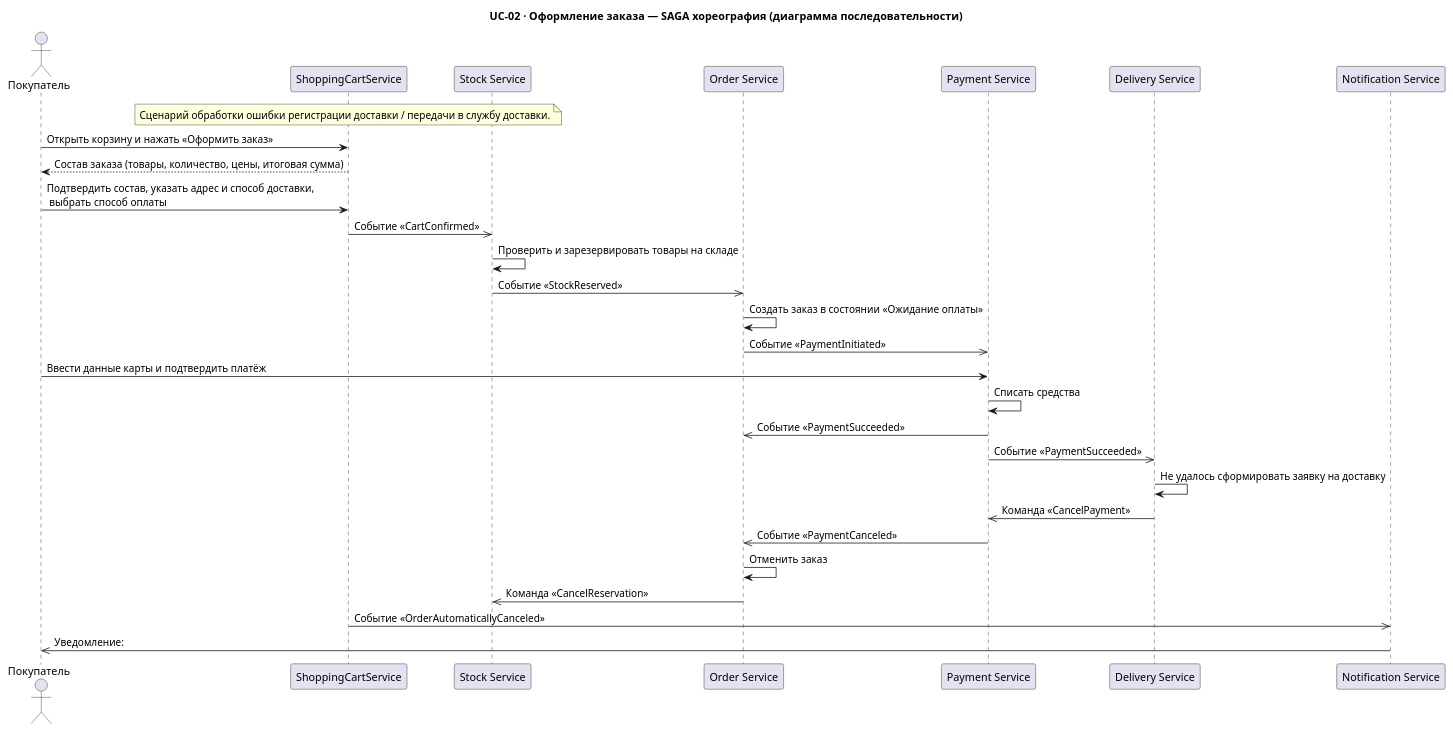
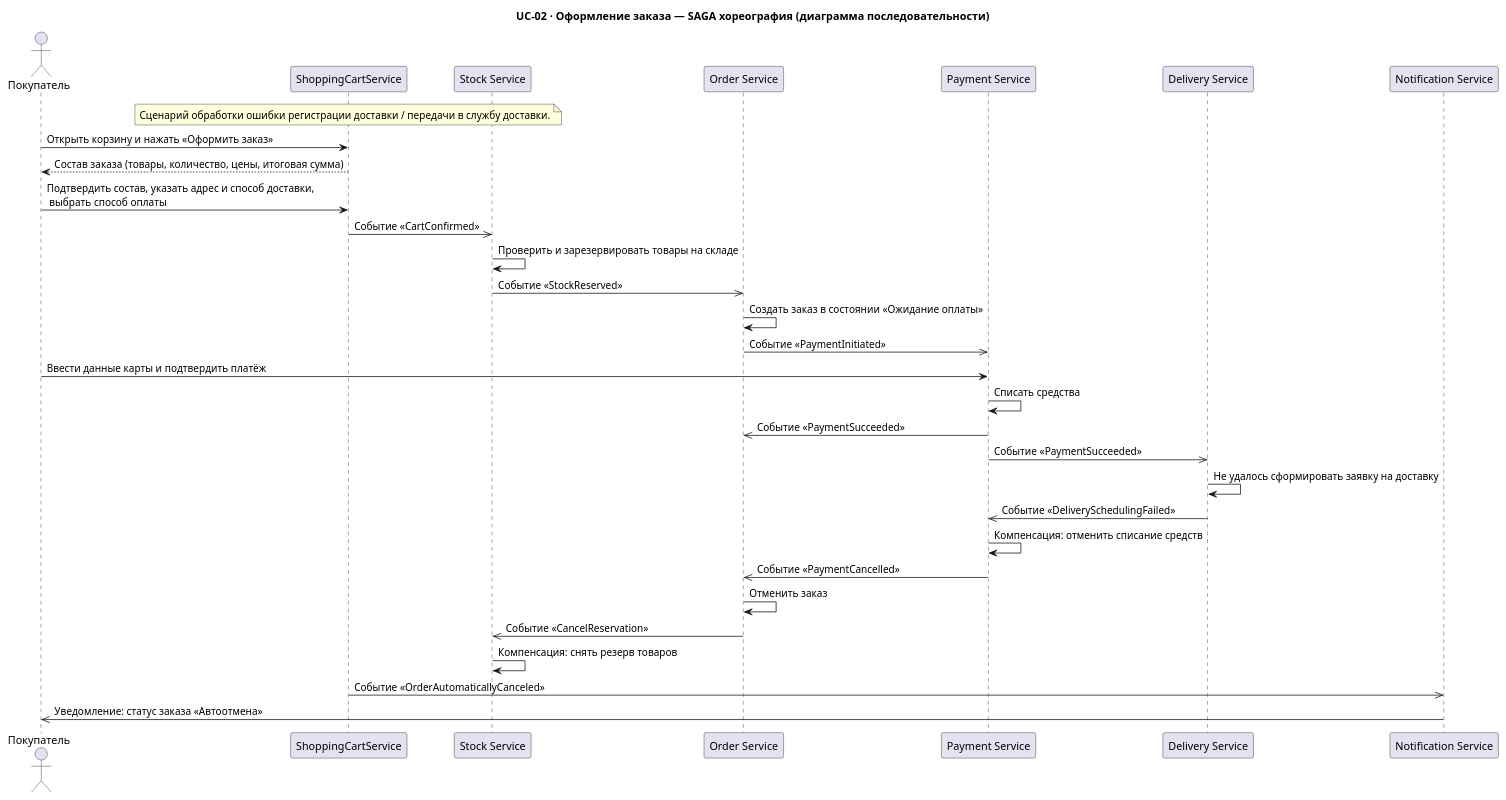
The diagram in Task1/seq-order-placement-choreography-delivery-scheduling-failed.puml (Babikoff/MSA-3-NovaMarket), drawn with PlantUML before and after one commit. The commit also changed 7 other files, not shown here.

Commit message:
Task1: добработка диаграмм failed сценариев

```diff
--- a/Task1/seq-order-placement-choreography-delivery-scheduling-failed.puml
+++ b/Task1/seq-order-placement-choreography-delivery-scheduling-failed.puml
@@ -1,43 +1,44 @@
 @startuml
 title UC-02 · Оформление заказа — SAGA хореография (диаграмма последовательности)
 
 note over ShoppingCartService : Сценарий обработки ошибки регистрации доставки / передачи в службу доставки.
 
 actor "Покупатель" as buyer
 participant "Shopping Cart Service" as ShoppingCartService
 participant "Stock Service" as StockService
 participant "Order Service" as OrderService
 participant "Payment Service" as PaymentService
 participant "Delivery Service" as DeliveryService
 participant "Notification Service" as NotificationService
 
 buyer -> ShoppingCartService : Открыть корзину и нажать «Оформить заказ»
 ShoppingCartService --> buyer : Состав заказа (товары, количество, цены, итоговая сумма)
 
 buyer -> ShoppingCartService : Подтвердить состав, указать адрес и способ доставки,\n выбрать способ оплаты
 
 ShoppingCartService ->> StockService : Событие «CartConfirmed»
 
 StockService -> StockService : Проверить и зарезервировать товары на складе
 StockService ->> OrderService : Событие «StockReserved»
 
 OrderService -> OrderService : Создать заказ в состоянии «Ожидание оплаты»
 OrderService ->> PaymentService : Событие «PaymentInitiated»
 
 buyer -> PaymentService : Ввести данные карты и подтвердить платёж
 PaymentService -> PaymentService : Списать средства
 
 PaymentService ->> OrderService : Событие «PaymentSucceeded»
 PaymentService ->> DeliveryService : Событие «PaymentSucceeded»
 
 DeliveryService -> DeliveryService : Не удалось сформировать заявку на доставку
-DeliveryService ->> PaymentService : Команда «CancelPayment»
-
-PaymentService ->> OrderService : Событие «PaymentCanceled»
+DeliveryService ->> PaymentService : Событие «DeliverySchedulingFailed»
+PaymentService -> PaymentService : Компенсация: отменить списание средств
+PaymentService ->> OrderService : Событие «PaymentCancelled»
 OrderService -> OrderService : Отменить заказ
-OrderService ->> StockService : Команда «CancelReservation»
+OrderService ->> StockService : Событие «CancelReservation»
+StockService -> StockService : Компенсация: снять резерв товаров
 
 ShoppingCartService ->> NotificationService : Событие «OrderAutomaticallyCanceled»
-NotificationService ->> buyer : Уведомление: 
+NotificationService ->> buyer : Уведомление: статус заказа «Автоотмена» 
 
 @enduml
```
